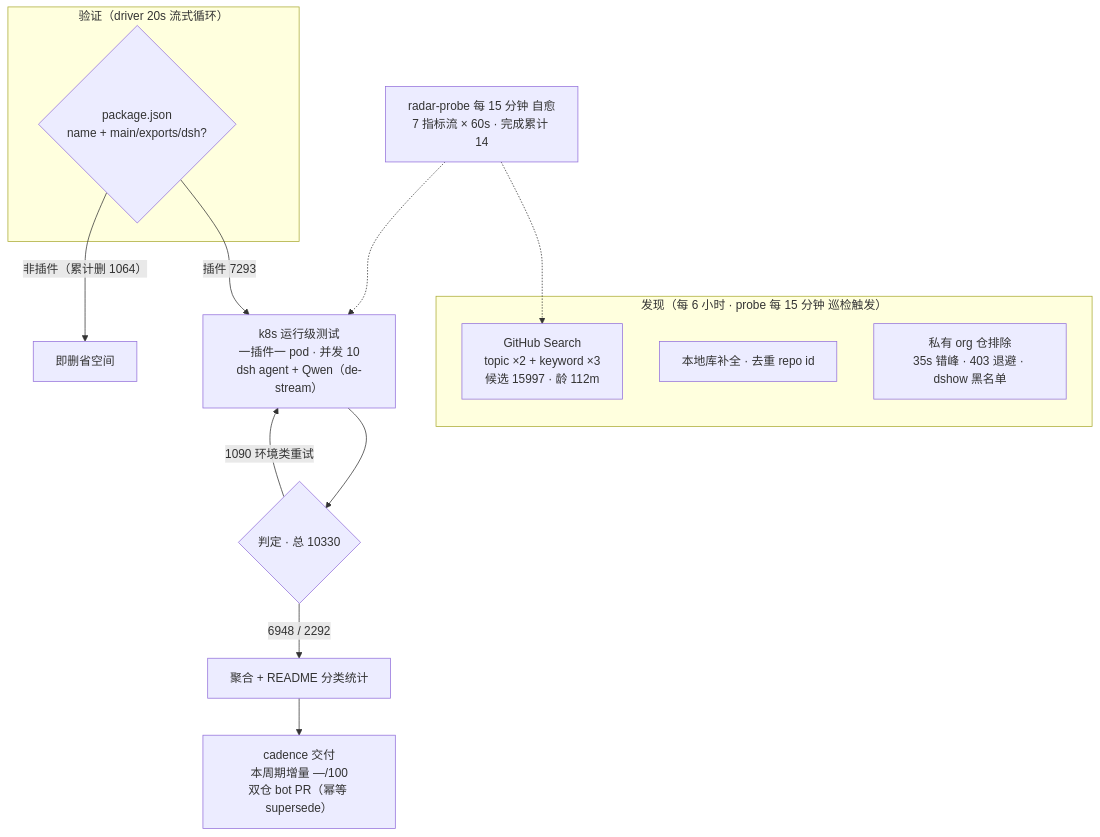
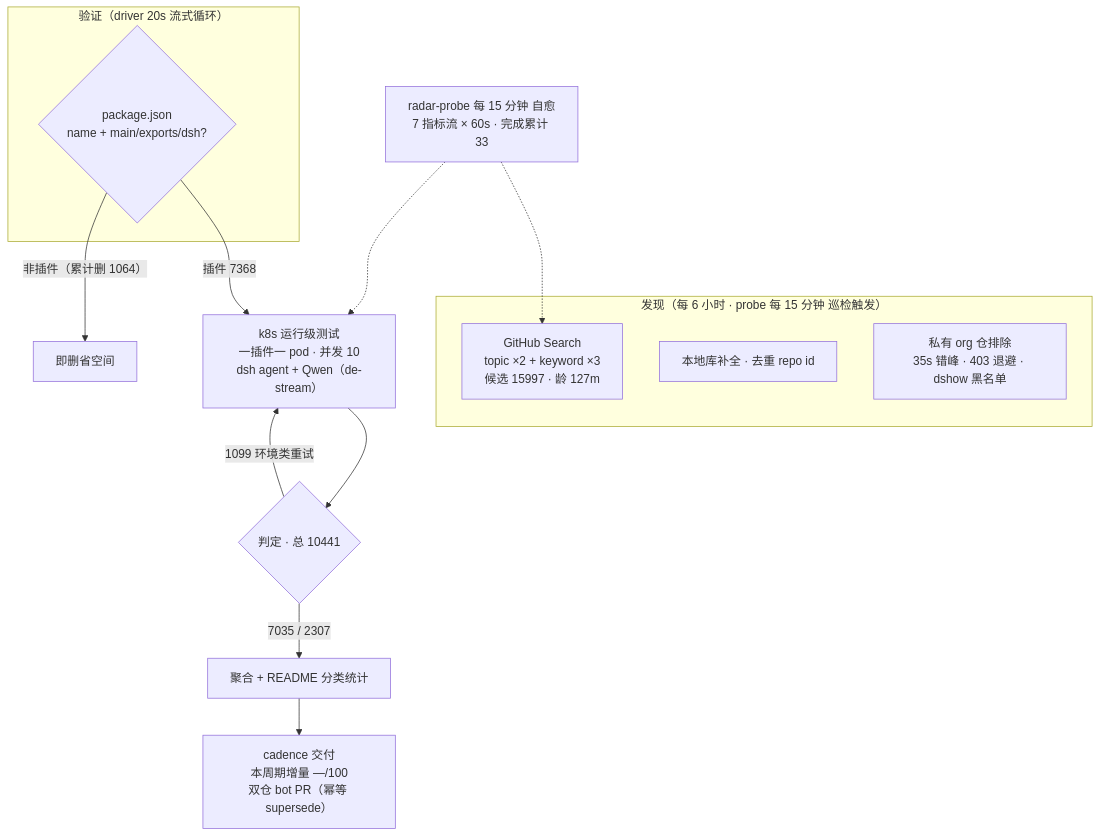
One commit to Zhidao-Lab-OSS/awesome-dsh-plugins changed the diagram in README.md. Above: the diagram before and after it, drawn with Mermaid. The commit also changed other lines of this file and 1 other file, not shown here.

````diff
--- a/README.md
+++ b/README.md
@@ -37,20 +37,20 @@
 ```mermaid
 flowchart TB
     subgraph Discovery["发现（每 6 小时 · probe 每 15 分钟 巡检触发）"]
-        A1["GitHub Search<br/>topic ×2 + keyword ×3<br/>候选 15997 · 龄 112m"]
+        A1["GitHub Search<br/>topic ×2 + keyword ×3<br/>候选 15997 · 龄 127m"]
         A2["本地库补全 · 去重 repo id"]
         A3["私有 org 仓排除<br/>35s 错峰 · 403 退避 · dshow 黑名单"]
     end
     subgraph Validation["验证（driver 20s 流式循环）"]
         B1{"package.json<br/>name + main/exports/dsh?"}
     end
-    B1 -->|"插件 7293"| C1["k8s 运行级测试<br/>一插件一 pod · 并发 10<br/>dsh agent + Qwen（de-stream）"]
+    B1 -->|"插件 7368"| C1["k8s 运行级测试<br/>一插件一 pod · 并发 10<br/>dsh agent + Qwen（de-stream）"]
     B1 -->|"非插件（累计删 1064）"| B3["即删省空间"]
-    C1 --> D1{"判定 · 总 10330"}
-    D1 -->|"6948 / 2292"| E1["聚合 + README 分类统计"]
-    D1 -->|"1090 环境类重试"| C1
+    C1 --> D1{"判定 · 总 10441"}
+    D1 -->|"7035 / 2307"| E1["聚合 + README 分类统计"]
+    D1 -->|"1099 环境类重试"| C1
     E1 --> E2["cadence 交付<br/>本周期增量 —/100<br/>双仓 bot PR（幂等 supersede）"]
-    M["radar-probe 每 15 分钟 自愈<br/>7 指标流 × 60s · 完成累计 14"]
+    M["radar-probe 每 15 分钟 自愈<br/>7 指标流 × 60s · 完成累计 33"]
     M -.-> A1
     M -.-> C1
 ```
````
